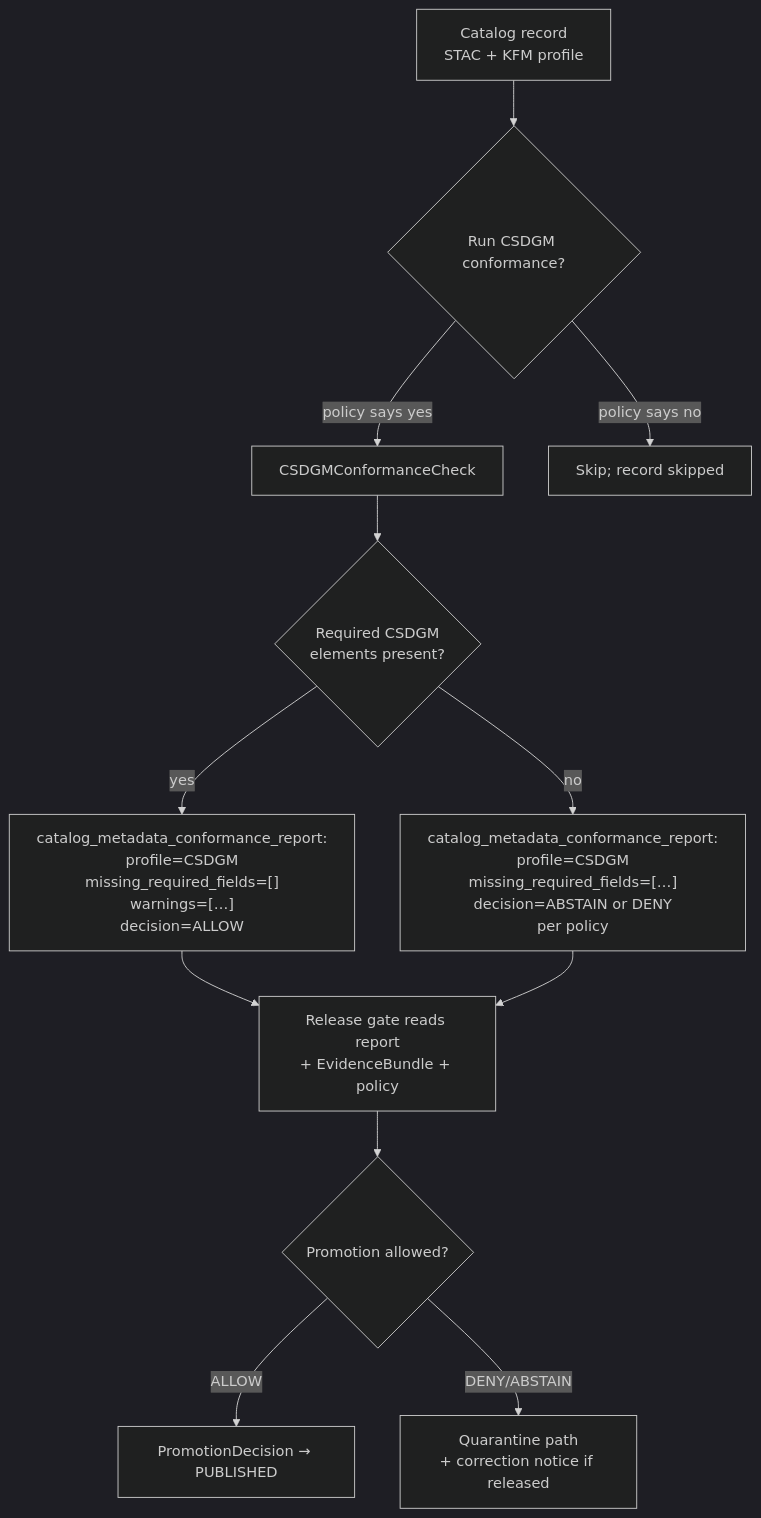
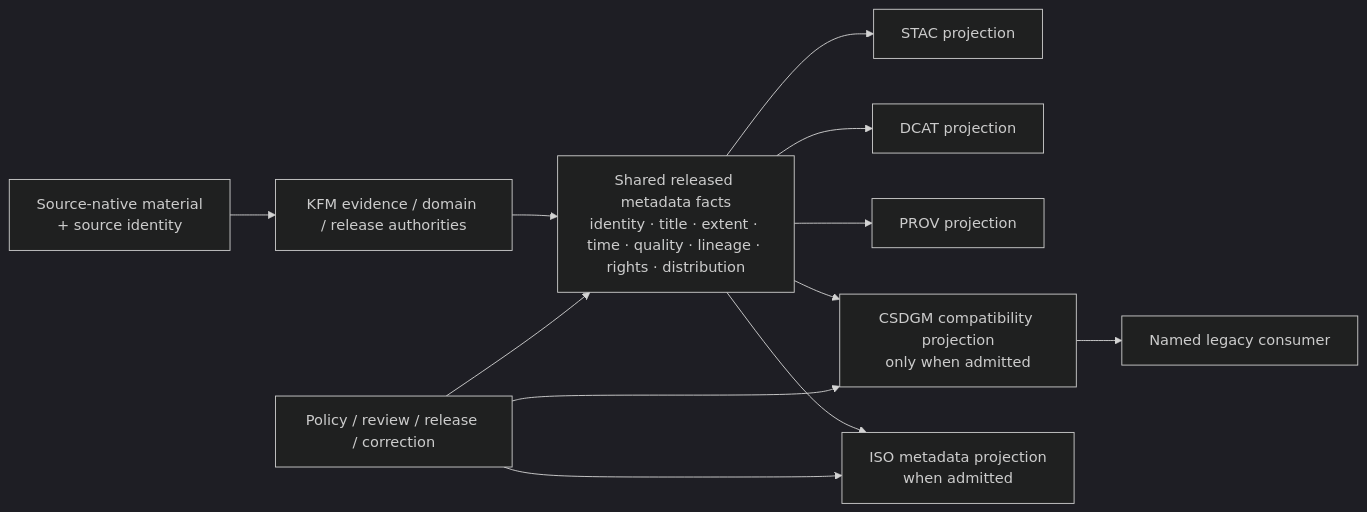
One commit to bartytime4life/Kansas-Frontier-Matrix changed the first of 2 diagrams in docs/standards/FGDC-CSDGM.md. Above: the diagram before and after it, drawn with Mermaid (dark theme). The commit also changed other lines of this file, not shown here.

Commit message:
docs(standards): ground FGDC CSDGM compatibility boundary

````diff
--- a/docs/standards/FGDC-CSDGM.md
+++ b/docs/standards/FGDC-CSDGM.md
@@ -218,14 +377,15 @@
 ```mermaid
-flowchart TB
-    A["Catalog record<br/>STAC + KFM profile"] --> B{"Run CSDGM conformance?"}
-    B -- "policy says yes" --> C["CSDGMConformanceCheck"]
-    B -- "policy says no" --> Z["Skip; record skipped"]
-    C --> D{"Required CSDGM<br/>elements present?"}
-    D -- yes --> E["catalog_metadata_conformance_report:<br/>profile=CSDGM<br/>missing_required_fields=[]<br/>warnings=[…]<br/>decision=ALLOW"]
-    D -- no --> F["catalog_metadata_conformance_report:<br/>profile=CSDGM<br/>missing_required_fields=[…]<br/>decision=ABSTAIN or DENY<br/>per policy"]
-    E --> G["Release gate reads report<br/>+ EvidenceBundle + policy"]
-    F --> G
-    G --> H{"Promotion allowed?"}
-    H -- ALLOW --> I["PromotionDecision → PUBLISHED"]
-    H -- "DENY/ABSTAIN" --> J["Quarantine path<br/>+ correction notice if released"]
+flowchart LR
+    A["Source-native material\n+ source identity"] --> B["KFM evidence / domain / release authorities"]
+    B --> C["Shared released metadata facts\nidentity · title · extent · time · quality · lineage · rights · distribution"]
+    C --> D["STAC projection"]
+    C --> E["DCAT projection"]
+    C --> F["PROV projection"]
+    C --> G["CSDGM compatibility projection\nonly when admitted"]
+    C --> H["ISO metadata projection\nwhen admitted"]
+    G --> I["Named legacy consumer"]
+
+    J["Policy / review / release / correction"] --> C
+    J --> G
+    J --> H
 ```
````
